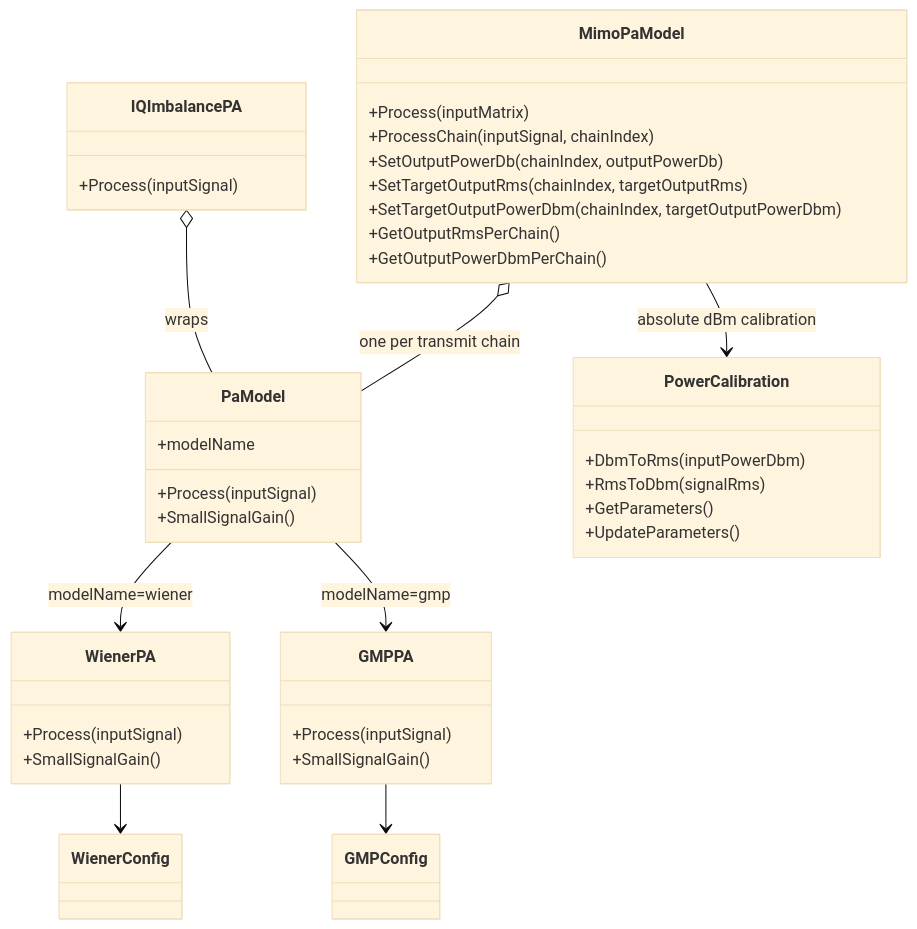
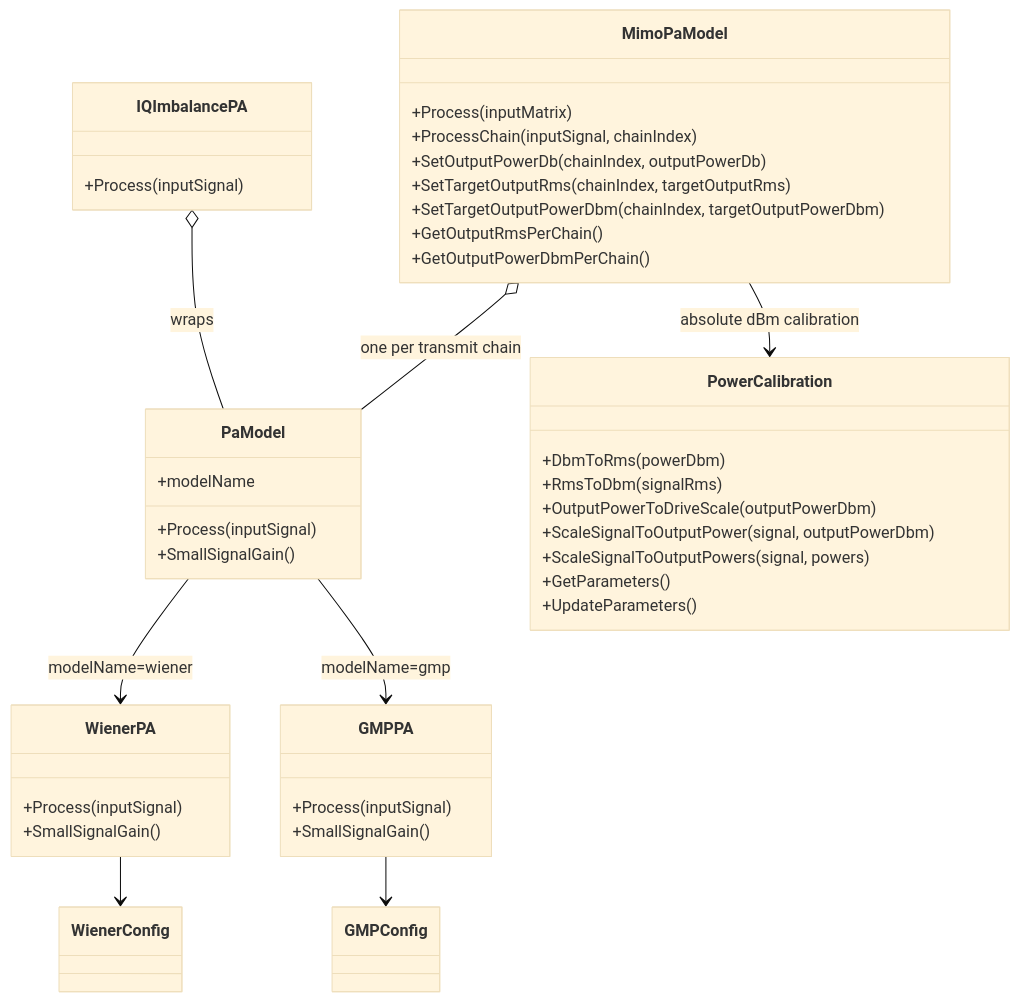
One commit to niyilu45/DPD_ILC changed the sixth of 6 diagrams in doc/PaModel.md. Above: the diagram before and after it, drawn with Mermaid (base theme). The commit also changed other lines of this file and 14 other files, not shown here.

Commit message:
Use PA output power with 25 dBm limit

````diff
--- a/doc/PaModel.md
+++ b/doc/PaModel.md
@@ -682,43 +682,46 @@
 ```mermaid
 classDiagram
     class PaModel {
         +modelName
         +Process(inputSignal)
         +SmallSignalGain()
     }
     class PowerCalibration {
-        +DbmToRms(inputPowerDbm)
+        +DbmToRms(powerDbm)
         +RmsToDbm(signalRms)
+        +OutputPowerToDriveScale(outputPowerDbm)
+        +ScaleSignalToOutputPower(signal, outputPowerDbm)
+        +ScaleSignalToOutputPowers(signal, powers)
         +GetParameters()
         +UpdateParameters()
     }
     class WienerConfig
     class WienerPA {
         +Process(inputSignal)
         +SmallSignalGain()
     }
     class GMPConfig
     class GMPPA {
         +Process(inputSignal)
         +SmallSignalGain()
     }
     class IQImbalancePA {
         +Process(inputSignal)
     }
     class MimoPaModel {
         +Process(inputMatrix)
         +ProcessChain(inputSignal, chainIndex)
         +SetOutputPowerDb(chainIndex, outputPowerDb)
         +SetTargetOutputRms(chainIndex, targetOutputRms)
         +SetTargetOutputPowerDbm(chainIndex, targetOutputPowerDbm)
         +GetOutputRmsPerChain()
         +GetOutputPowerDbmPerChain()
     }
     MimoPaModel o-- PaModel : one per transmit chain
     MimoPaModel --> PowerCalibration : absolute dBm calibration
     PaModel --> WienerPA : modelName=wiener
     PaModel --> GMPPA : modelName=gmp
     WienerPA --> WienerConfig
     GMPPA --> GMPConfig
     IQImbalancePA o-- PaModel : wraps
 ```
````
